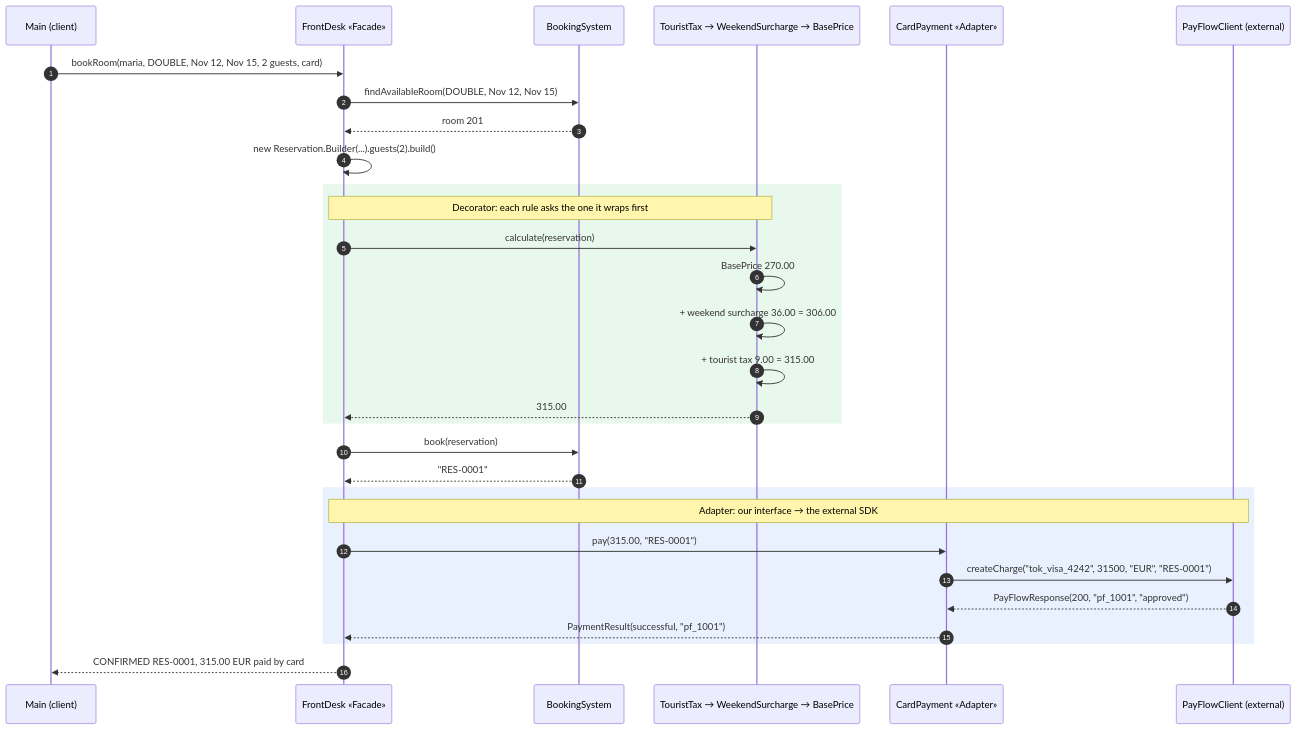
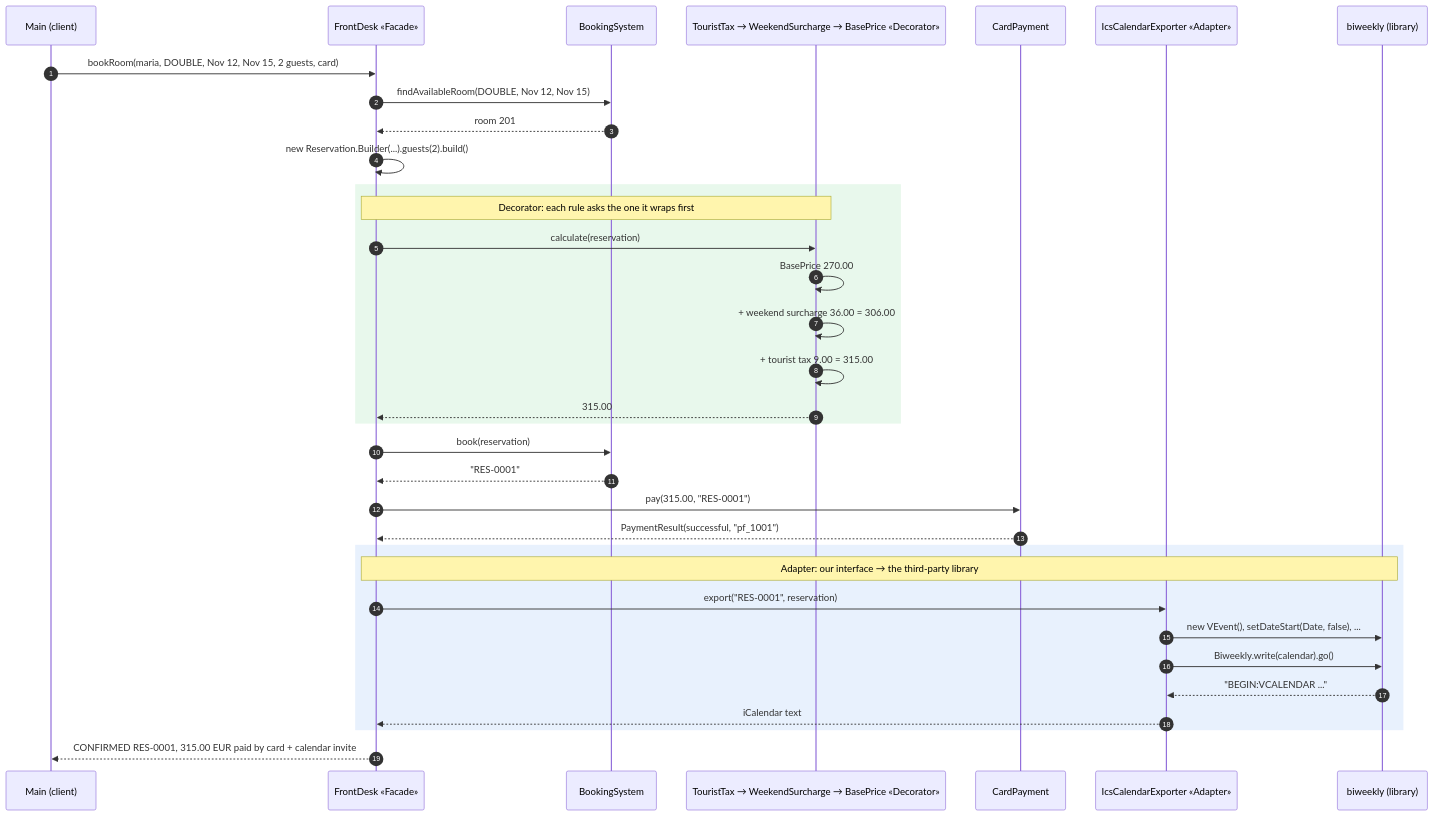
Before and after one commit to chiriladam/tmps-labs: the diagram in lab2/diagrams/5-runtime-flow.mmd, drawn with Mermaid. The commit also changed 9 other files, not shown here.

Commit message:
Lab 2: update diagrams for the new design and re-render the PNGs

```diff
--- a/lab2/diagrams/5-runtime-flow.mmd
+++ b/lab2/diagrams/5-runtime-flow.mmd
@@ -1,35 +1,39 @@
 sequenceDiagram
     autonumber
     participant M as Main (client)
     participant FD as FrontDesk «Facade»
     participant BS as BookingSystem
-    participant P as TouristTax → WeekendSurcharge → BasePrice
-    participant CP as CardPayment «Adapter»
-    participant PF as PayFlowClient (external)
+    participant P as TouristTax → WeekendSurcharge → BasePrice «Decorator»
+    participant PAY as CardPayment
+    participant CAL as IcsCalendarExporter «Adapter»
+    participant BW as biweekly (library)
 
     M->>FD: bookRoom(maria, DOUBLE, Nov 12, Nov 15, 2 guests, card)
     FD->>BS: findAvailableRoom(DOUBLE, Nov 12, Nov 15)
     BS-->>FD: room 201
     FD->>FD: new Reservation.Builder(...).guests(2).build()
 
     rect rgb(232, 248, 236)
     Note over FD,P: Decorator: each rule asks the one it wraps first
     FD->>P: calculate(reservation)
     P->>P: BasePrice 270.00
     P->>P: + weekend surcharge 36.00 = 306.00
     P->>P: + tourist tax 9.00 = 315.00
     P-->>FD: 315.00
     end
 
     FD->>BS: book(reservation)
     BS-->>FD: "RES-0001"
+    FD->>PAY: pay(315.00, "RES-0001")
+    PAY-->>FD: PaymentResult(successful, "pf_1001")
 
     rect rgb(232, 241, 253)
-    Note over FD,PF: Adapter: our interface → the external SDK
-    FD->>CP: pay(315.00, "RES-0001")
-    CP->>PF: createCharge("tok_visa_4242", 31500, "EUR", "RES-0001")
-    PF-->>CP: PayFlowResponse(200, "pf_1001", "approved")
-    CP-->>FD: PaymentResult(successful, "pf_1001")
+    Note over FD,BW: Adapter: our interface → the third-party library
+    FD->>CAL: export("RES-0001", reservation)
+    CAL->>BW: new VEvent(), setDateStart(Date, false), ...
+    CAL->>BW: Biweekly.write(calendar).go()
+    BW-->>CAL: "BEGIN:VCALENDAR ..."
+    CAL-->>FD: iCalendar text
     end
 
-    FD-->>M: CONFIRMED RES-0001, 315.00 EUR paid by card
+    FD-->>M: CONFIRMED RES-0001, 315.00 EUR paid by card + calendar invite
```
